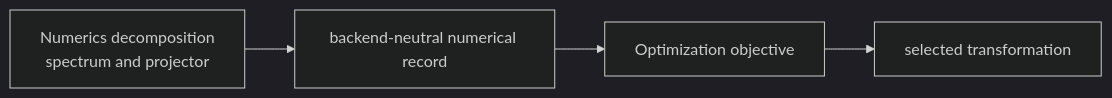
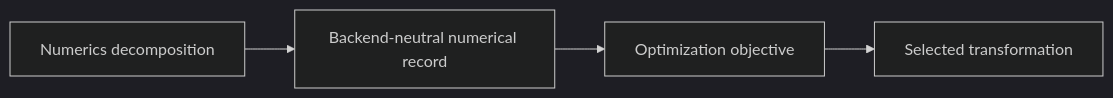
One commit to eragasa/projectkoios-optimization changed the fifth of 6 diagrams in docs/architecture/projectkoios/numerics/linalg/schematics.md. Above: the diagram before and after it, drawn with Mermaid (dark theme). The commit also changed other lines of this file and 23 other files, not shown here.

````diff
--- a/docs/architecture/projectkoios/numerics/linalg/schematics.md
+++ b/docs/architecture/projectkoios/numerics/linalg/schematics.md
@@ -55,9 +104,9 @@
 ```mermaid
 flowchart LR
-    N["Numerics decomposition<br/>spectrum and projector"]
-    R["backend-neutral numerical record"]
-    O["Optimization objective"]
-    T["selected transformation"]
+    N[Numerics decomposition]
+    R[Backend-neutral numerical record]
+    O[Optimization objective]
+    T[Selected transformation]
 
     N --> R --> O --> T
 ```
````
